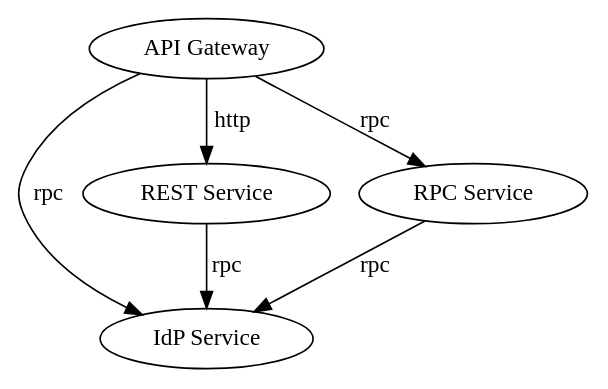
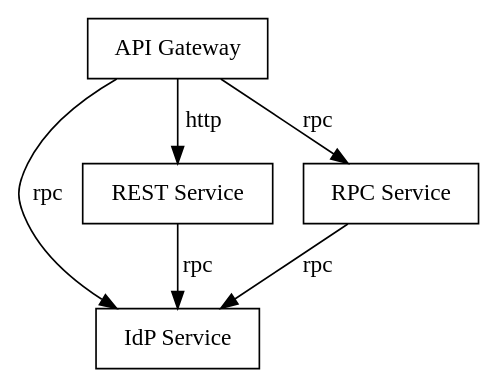
The diagram in examples/examples.dot (shisa-platform/core), drawn with Graphviz before and after one commit. The commit also changed 1 other file, not shown here.

```diff
--- a/examples/examples.dot
+++ b/examples/examples.dot
@@ -1,14 +1,14 @@
 digraph {
     randir = LR;
 
-    gw [label="API Gateway"];
-    idp [label="IdP Service"];
-    rest [label="REST Service"];
-    rpc [label="RPC Service"];
+    gw [shape=box label="API Gateway"];
+    idp [shape=box label="IdP Service"];
+    rest [shape=box label="REST Service"];
+    rpc [shape=box label="RPC Service"];
 
     gw -> idp [label="rpc"];
     gw -> rest [label="http"];
     gw -> rpc [label="rpc"];
     rest -> idp [label="rpc"];
     rpc -> idp [label="rpc"];
 }
```
